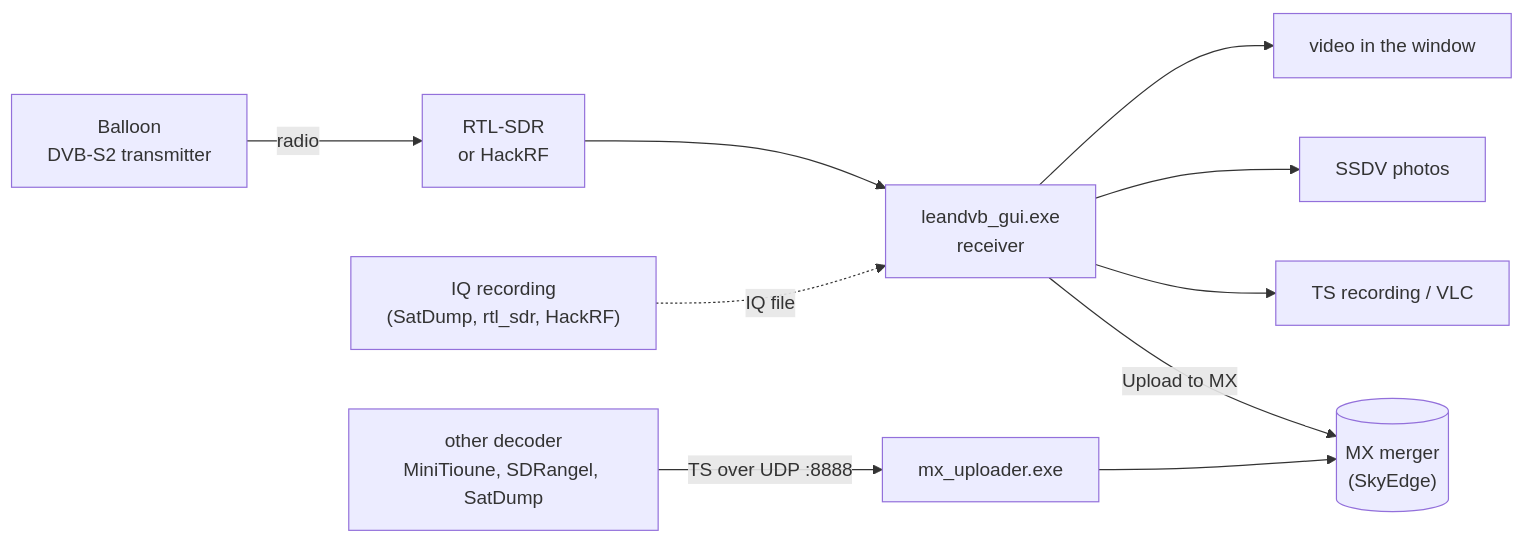
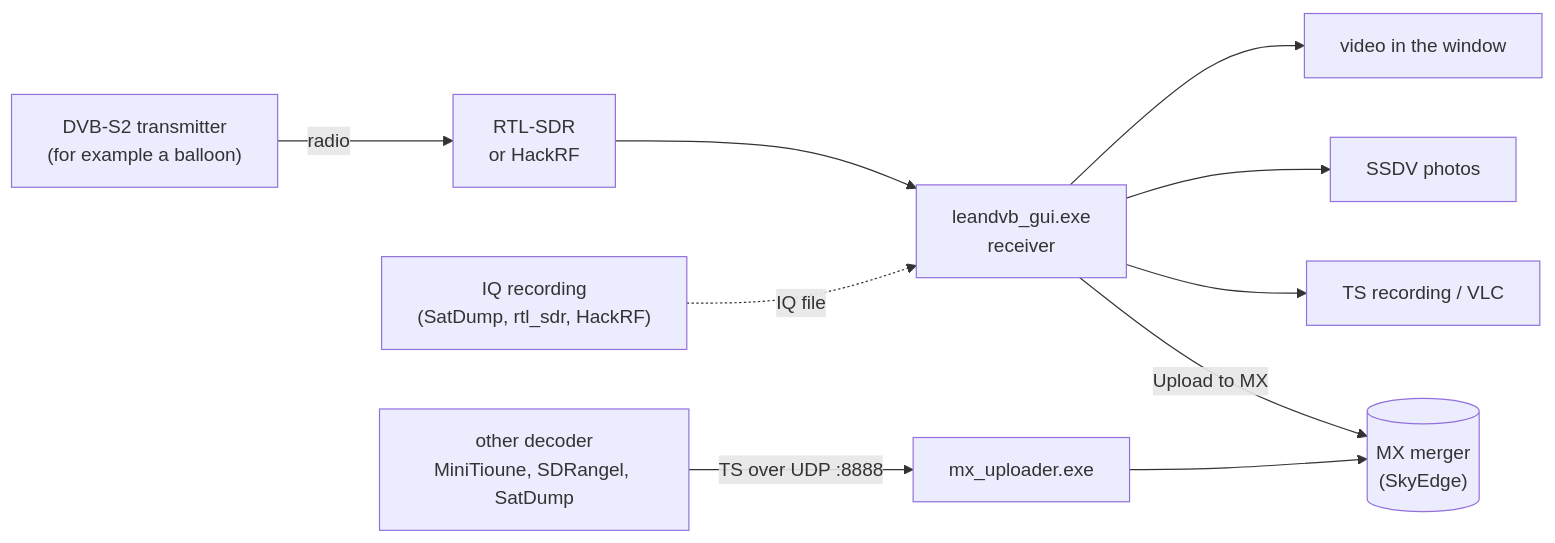
Before and after one commit to SP5LOT/dvbs2-decoder: the diagram in README.md, drawn with Mermaid. The commit also changed other lines of this file, not shown here.

Commit message:
README: general DVB-S2 receiver, MX Uploader as a separate download

````diff
--- a/README.md
+++ b/README.md
@@ -49,12 +51,12 @@
 ```mermaid
 flowchart LR
-    TX["Balloon<br/>DVB-S2 transmitter"] -- radio --> SDR["RTL-SDR<br/>or HackRF"]
+    TX["DVB-S2 transmitter<br/>(for example a balloon)"] -- radio --> SDR["RTL-SDR<br/>or HackRF"]
     SDR --> RX["leandvb_gui.exe<br/>receiver"]
     F["IQ recording<br/>(SatDump, rtl_sdr, HackRF)"] -.->|IQ file| RX
     RX --> V["video in the window"]
     RX --> P["SSDV photos"]
     RX --> R["TS recording / VLC"]
     RX -- "Upload to MX" --> MX[("MX merger<br/>(SkyEdge)")]
     OD["other decoder<br/>MiniTioune, SDRangel, SatDump"] -- "TS over UDP :8888" --> UP["mx_uploader.exe"]
     UP --> MX
 ```
````
